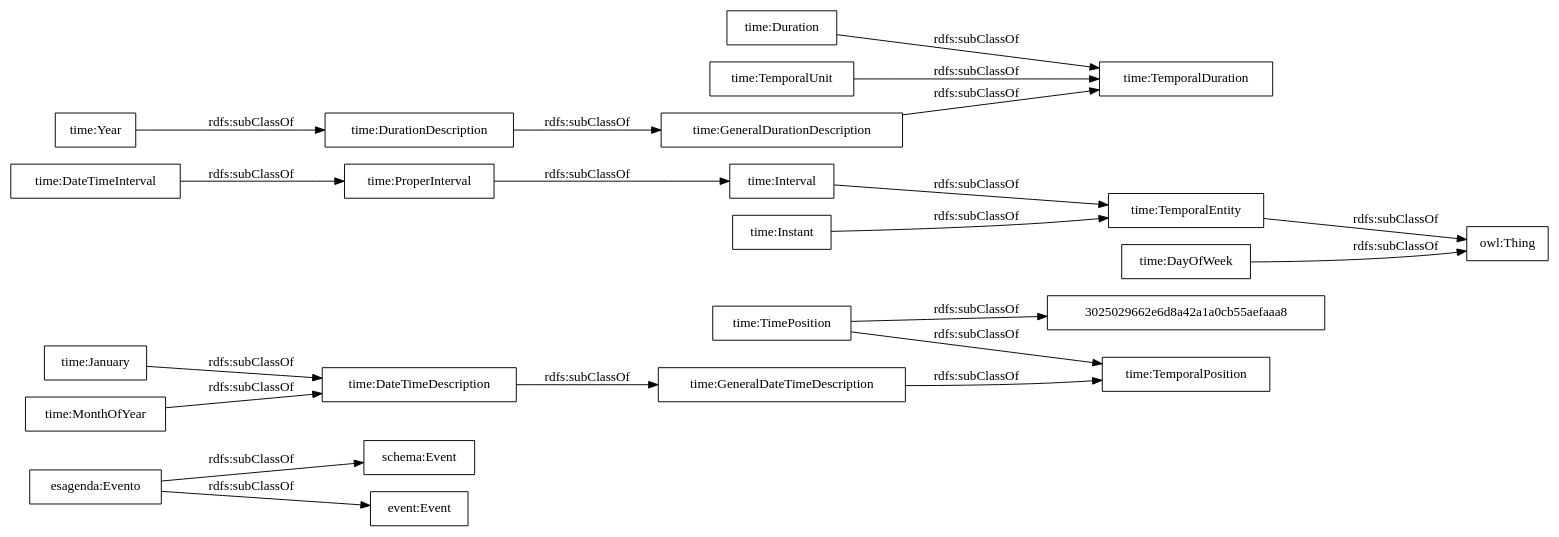
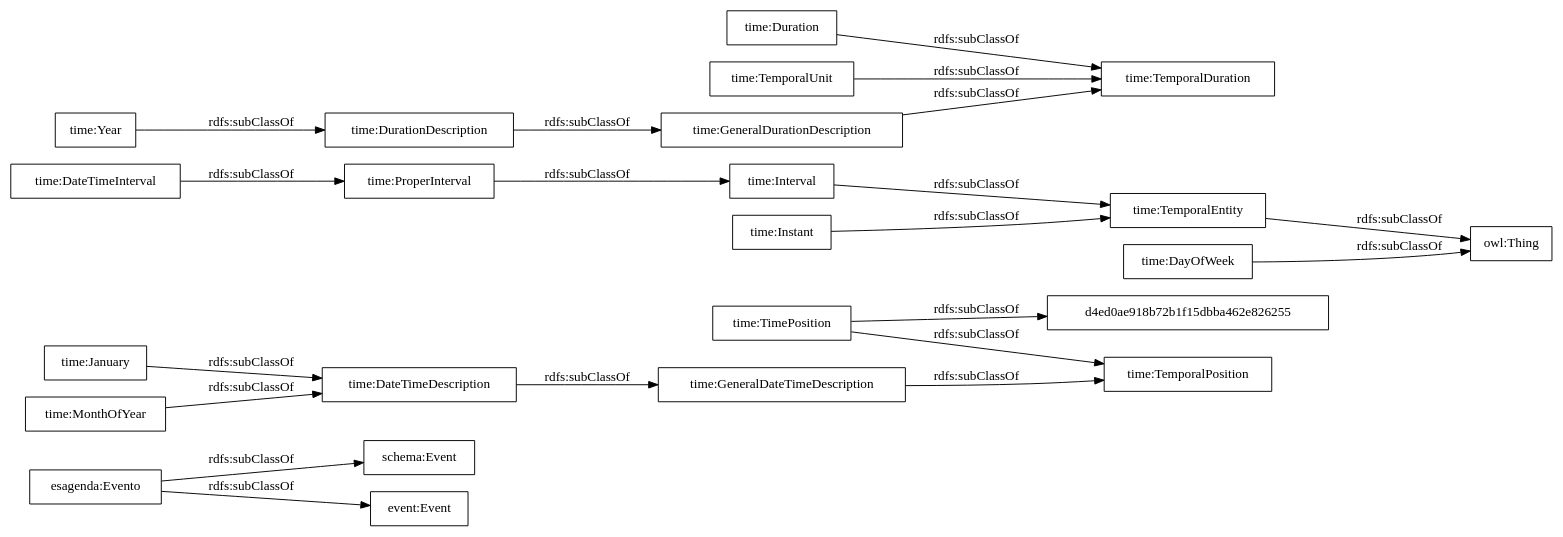
One commit to opencitydata/cultura-ocio-agenda-eventos-actividades changed the diagram in OnToology/agenda.owl/diagrams/ar2dtool-taxonomy/agenda.owl.png.dot. Above: the diagram before and after it, drawn with Graphviz. The commit also changed 7 other files, not shown here.

```diff
--- a/OnToology/agenda.owl/diagrams/ar2dtool-taxonomy/agenda.owl.png.dot
+++ b/OnToology/agenda.owl/diagrams/ar2dtool-taxonomy/agenda.owl.png.dot
@@ -1,25 +1,25 @@
 digraph ar2dtool_diagram { 
 rankdir=LR;
 size="1000"
-node [shape = rectangle, color="black"]; "esagenda:Evento" "schema:Event" "event:Event" "time:GeneralDateTimeDescription" "time:DateTimeInterval" "time:DurationDescription" "3025029662e6d8a42a1a0cb55aefaaa8" "time:TemporalDuration" "time:Duration" "time:GeneralDurationDescription" "time:January" "time:ProperInterval" "time:TimePosition" "time:TemporalPosition" "time:Interval" "time:TemporalEntity" "time:Year" "time:MonthOfYear" "time:DateTimeDescription" "time:TemporalUnit" "time:Instant" "time:DayOfWeek" ; /*classes style*/
+node [shape = rectangle, color="black"]; "esagenda:Evento" "schema:Event" "event:Event" "time:GeneralDateTimeDescription" "time:DateTimeInterval" "time:DurationDescription" "time:TemporalDuration" "time:Duration" "time:GeneralDurationDescription" "time:January" "time:ProperInterval" "time:TimePosition" "d4ed0ae918b72b1f15dbba462e826255" "time:TemporalPosition" "time:Interval" "time:TemporalEntity" "time:Year" "time:MonthOfYear" "time:DateTimeDescription" "time:TemporalUnit" "time:Instant" "time:DayOfWeek" ; /*classes style*/
 	"time:TemporalEntity" -> "owl:Thing" [ label = "rdfs:subClassOf" ];
 	"time:DateTimeInterval" -> "time:ProperInterval" [ label = "rdfs:subClassOf" ];
 	"time:DayOfWeek" -> "owl:Thing" [ label = "rdfs:subClassOf" ];
 	"time:TemporalUnit" -> "time:TemporalDuration" [ label = "rdfs:subClassOf" ];
 	"time:Year" -> "time:DurationDescription" [ label = "rdfs:subClassOf" ];
 	"time:Interval" -> "time:TemporalEntity" [ label = "rdfs:subClassOf" ];
 	"time:MonthOfYear" -> "time:DateTimeDescription" [ label = "rdfs:subClassOf" ];
 	"time:GeneralDurationDescription" -> "time:TemporalDuration" [ label = "rdfs:subClassOf" ];
 	"time:GeneralDateTimeDescription" -> "time:TemporalPosition" [ label = "rdfs:subClassOf" ];
 	"time:DateTimeDescription" -> "time:GeneralDateTimeDescription" [ label = "rdfs:subClassOf" ];
 	"time:DurationDescription" -> "time:GeneralDurationDescription" [ label = "rdfs:subClassOf" ];
-	"time:TimePosition" -> "3025029662e6d8a42a1a0cb55aefaaa8" [ label = "rdfs:subClassOf" ];
+	"time:TimePosition" -> "d4ed0ae918b72b1f15dbba462e826255" [ label = "rdfs:subClassOf" ];
 	"time:TimePosition" -> "time:TemporalPosition" [ label = "rdfs:subClassOf" ];
 	"time:January" -> "time:DateTimeDescription" [ label = "rdfs:subClassOf" ];
 	"time:ProperInterval" -> "time:Interval" [ label = "rdfs:subClassOf" ];
 	"time:Instant" -> "time:TemporalEntity" [ label = "rdfs:subClassOf" ];
 	"esagenda:Evento" -> "schema:Event" [ label = "rdfs:subClassOf" ];
 	"esagenda:Evento" -> "event:Event" [ label = "rdfs:subClassOf" ];
 	"time:Duration" -> "time:TemporalDuration" [ label = "rdfs:subClassOf" ];
 
 }
```
